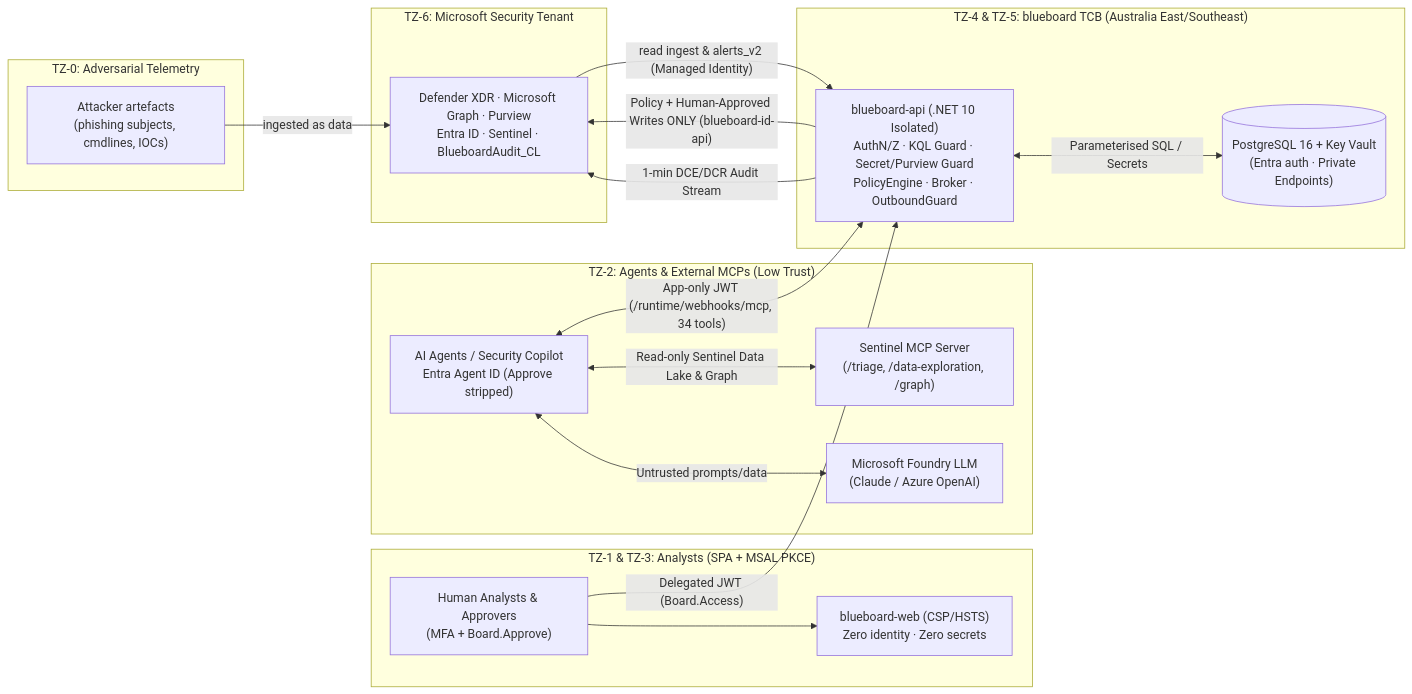
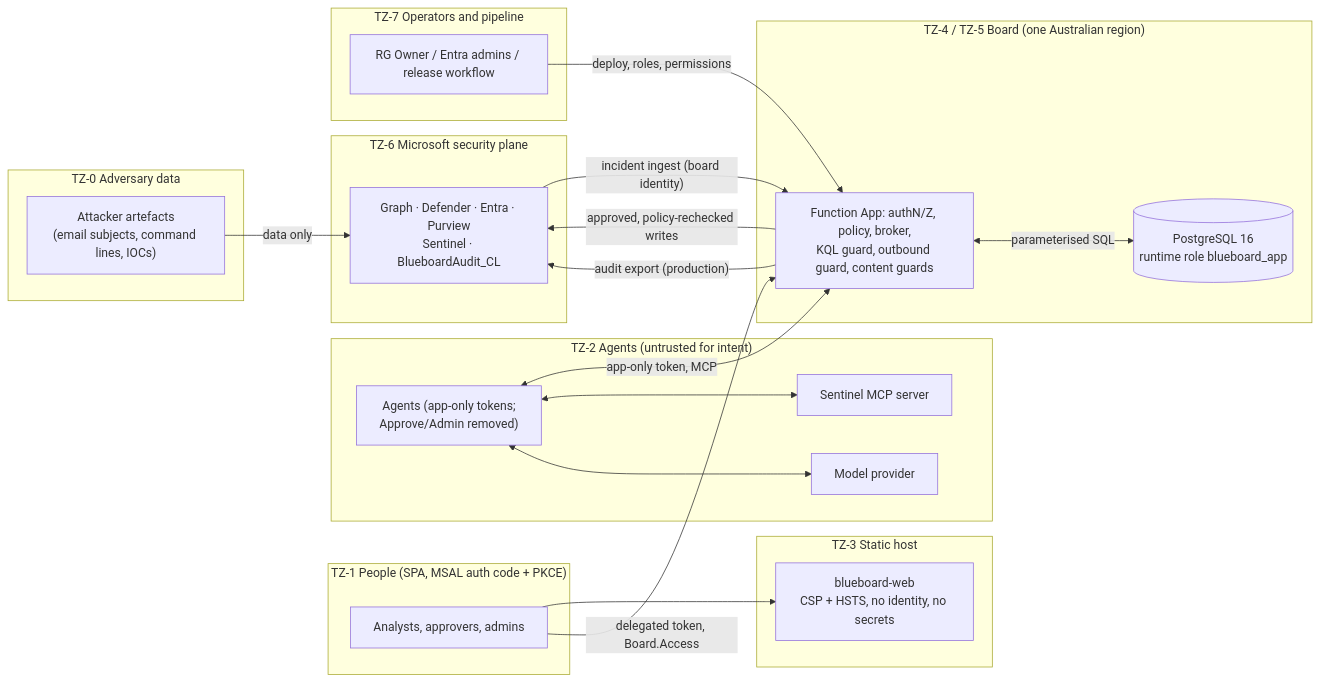
One commit to jusso-dev/blueboard changed the first of 4 diagrams in docs/THREAT-MODEL.md. Above: the diagram before and after it, drawn with Mermaid. The commit also changed other lines of this file and 38 other files, not shown here.

````diff
--- a/docs/THREAT-MODEL.md
+++ b/docs/THREAT-MODEL.md
@@ -39,37 +99,38 @@
 ```mermaid
 flowchart LR
-  subgraph TZ0["TZ-0: Adversarial Telemetry"]
-    ATT["Attacker artefacts<br/>(phishing subjects, cmdlines, IOCs)"]
+  subgraph TZ0["TZ-0 Adversary data"]
+    ATT["Attacker artefacts<br/>(email subjects, command lines, IOCs)"]
   end
-
-  subgraph TZ1["TZ-1 & TZ-3: Analysts (SPA + MSAL PKCE)"]
-    UI["blueboard-web (CSP/HSTS)<br/>Zero identity · Zero secrets"]
-    HUM["Human Analysts & Approvers<br/>(MFA + Board.Approve)"]
+  subgraph TZ1["TZ-1 People (SPA, MSAL auth code + PKCE)"]
+    HUM["Analysts, approvers, admins"]
   end
-
-  subgraph TZ2["TZ-2: Agents & External MCPs (Low Trust)"]
-    AG["AI Agents / Security Copilot<br/>Entra Agent ID (Approve stripped)"]
-    SMCP["Sentinel MCP Server<br/>(/triage, /data-exploration, /graph)"]
-    LLM["Microsoft Foundry LLM<br/>(Claude / Azure OpenAI)"]
+  subgraph TZ3["TZ-3 Static host"]
+    UI["blueboard-web<br/>CSP + HSTS, no identity, no secrets"]
   end
-
-  subgraph TZ4["TZ-4 & TZ-5: blueboard TCB (Australia East/Southeast)"]
-    API["blueboard-api (.NET 10 Isolated)<br/>AuthN/Z · KQL Guard · Secret/Purview Guard<br/>PolicyEngine · Broker · OutboundGuard"]
-    DB[("PostgreSQL 16 + Key Vault<br/>(Entra auth · Private Endpoints)")]
+  subgraph TZ2["TZ-2 Agents (untrusted for intent)"]
+    AG["Agents (app-only tokens;<br/>Approve/Admin removed)"]
+    SMCP["Sentinel MCP server"]
+    LLM["Model provider"]
   end
-
-  subgraph TZ6["TZ-6: Microsoft Security Tenant"]
-    MS["Defender XDR · Microsoft Graph · Purview<br/>Entra ID · Sentinel · BlueboardAudit_CL"]
+  subgraph TZ4["TZ-4 / TZ-5 Board (one Australian region)"]
+    API["Function App: authN/Z, policy, broker,<br/>KQL guard, outbound guard, content guards"]
+    DB[("PostgreSQL 16<br/>runtime role blueboard_app")]
   end
-
-  ATT -->|"ingested as data"| MS
-  MS -->|"read ingest & alerts_v2 (Managed Identity)"| API
+  subgraph TZ6["TZ-6 Microsoft security plane"]
+    MS["Graph · Defender · Entra · Purview<br/>Sentinel · BlueboardAudit_CL"]
+  end
+  subgraph TZ7["TZ-7 Operators and pipeline"]
+    OPS["RG Owner / Entra admins / release workflow"]
+  end
+  ATT -->|"data only"| MS
+  MS -->|"incident ingest (board identity)"| API
   HUM --> UI
-  HUM -->|"Delegated JWT (Board.Access)"| API
-  AG <-->|"App-only JWT (/runtime/webhooks/mcp, 34 tools)"| API
-  AG <-->|"Read-only Sentinel Data Lake & Graph"| SMCP
-  AG <-->|"Untrusted prompts/data"| LLM
-  API <-->|"Parameterised SQL / Secrets"| DB
-  API -->|"Policy + Human-Approved Writes ONLY (blueboard-id-api)"| MS
-  API -->|"1-min DCE/DCR Audit Stream"| MS
+  HUM -->|"delegated token, Board.Access"| API
+  AG <-->|"app-only token, MCP"| API
+  AG <--> SMCP
+  AG <--> LLM
+  API <-->|"parameterised SQL"| DB
+  API -->|"approved, policy-rechecked writes"| MS
+  API -->|"audit export (production)"| MS
+  OPS -->|"deploy, roles, permissions"| API
 ```
````
